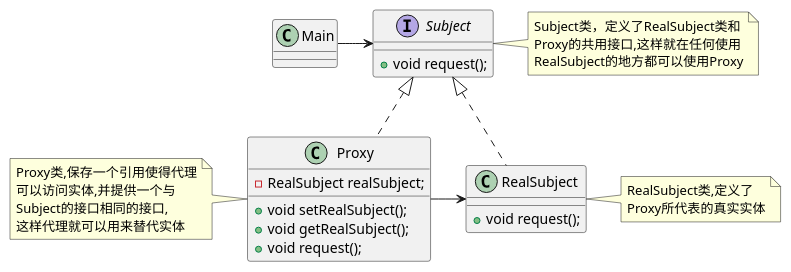
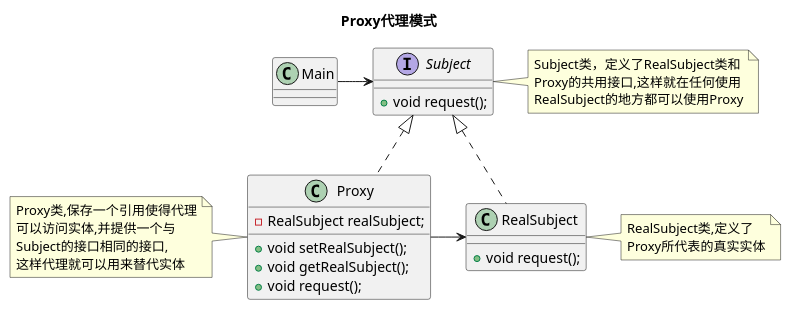
The diagram in src/com/nai/proxy/Proxy.puml (xny838754132/designPatterns), drawn with PlantUML before and after one commit. The commit also changed 2 other files, not shown here.

Commit message:
desc : init uml

```diff
--- a/src/com/nai/proxy/Proxy.puml
+++ b/src/com/nai/proxy/Proxy.puml
@@ -1,40 +1,42 @@
 @startuml
 'https://plantuml.com/class-diagram
+
+title Proxy代理模式
 
 interface Subject{
     +void request();
 }
 
 class RealSubject implements Subject{
     +void request();
 }
 
 class Proxy implements Subject{
     -RealSubject realSubject;
     +void setRealSubject();
     +void getRealSubject();
     +void request();
 }
 
 Main -> Subject
 Proxy -> RealSubject
 
 note right of Subject
  Subject类，定义了RealSubject类和
  Proxy的共用接口,这样就在任何使用
  RealSubject的地方都可以使用Proxy
 end note
 
 note right of RealSubject
  RealSubject类,定义了
  Proxy所代表的真实实体
 end note
 
 note left of Proxy
  Proxy类,保存一个引用使得代理
  可以访问实体,并提供一个与
  Subject的接口相同的接口,
  这样代理就可以用来替代实体
 end note
 
 @enduml
```
